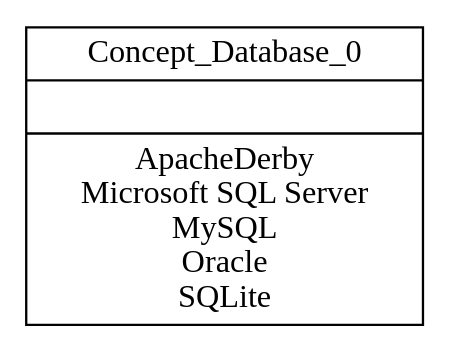
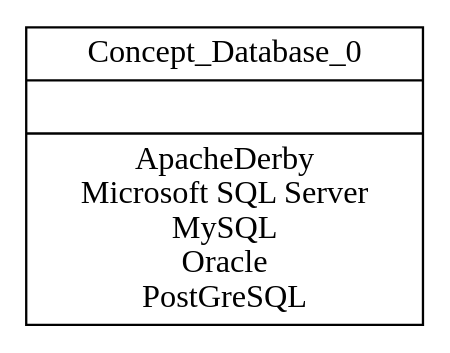
One commit to Theo0/M1S2 changed the diagram in IngeK/TP2/resultatWiki/step0-1.dot. Above: the diagram before and after it, drawn with Graphviz. The commit also changed 180 other files, not shown here.

```diff
--- a/IngeK/TP2/resultatWiki/step0-1.dot
+++ b/IngeK/TP2/resultatWiki/step0-1.dot
@@ -1,4 +1,4 @@
 digraph G { 
 	rankdir=BT;
-1 [shape=record,label="{Concept_Database_0||ApacheDerby\nMicrosoft SQL Server\nMySQL\nOracle\nSQLite\n}"];
+1 [shape=record,label="{Concept_Database_0||ApacheDerby\nMicrosoft SQL Server\nMySQL\nOracle\nPostGreSQL\n}"];
 }
```
